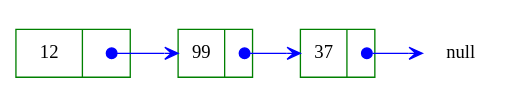
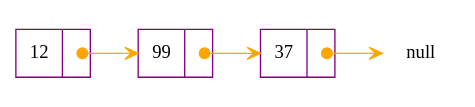
Before and after one commit to rugbyprof/2143-Object-Oriented-Programming: the second of 2 diagrams in Assignments/06-P03/README.md, drawn with Graphviz. The commit also changed other lines of this file and 9 other files, not shown here.

````diff
--- a/Assignments/06-P03/README.md
+++ b/Assignments/06-P03/README.md
@@ -25,13 +28,13 @@
 ```dot
 digraph linkedlist {
         rankdir=LR;
-        node [shape=record,color=green];
-        1 [label="{ <data> 12 | <next>  }", width=1.2]
+        node [shape=record,color=purple];
+        1 [label="{ <data> 12 | <next>  }"]
         2 [label="{ <data> 99 | <next>  }"];
         3 [label="{ <data> 37 | <next>  }"];
         null [shape=circle,color=white];
-        1:next:3 -> 2:data [arrowhead=vee, arrowtail=dot, color=blue, dir=both, tailclip=false];
-        2:next:3 -> 3:data [arrowhead=vee, arrowtail=dot, color=blue, dir=both, tailclip=false];
-        3:next:3 -> null  [arrowhead=vee, arrowtail=dot, color=blue, dir=both, tailclip=false];
+        1:next:3 -> 2:data [arrowhead=vee, arrowtail=dot, color=orange, dir=both, tailclip=false];
+        2:next:3 -> 3:data [arrowhead=vee, arrowtail=dot, color=orange, dir=both, tailclip=false];
+        3:next:3 -> null  [arrowhead=vee, arrowtail=dot, color=orange, dir=both, tailclip=false];
 }
 ```
````
